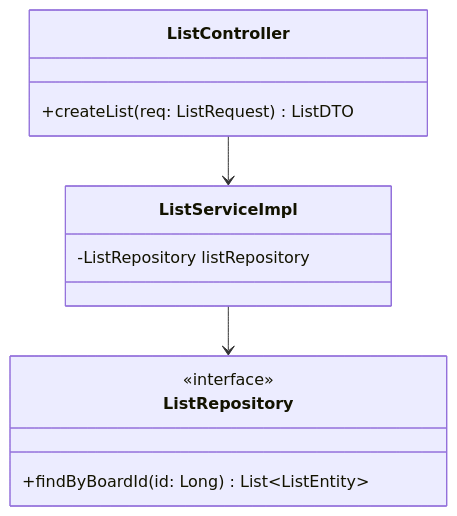
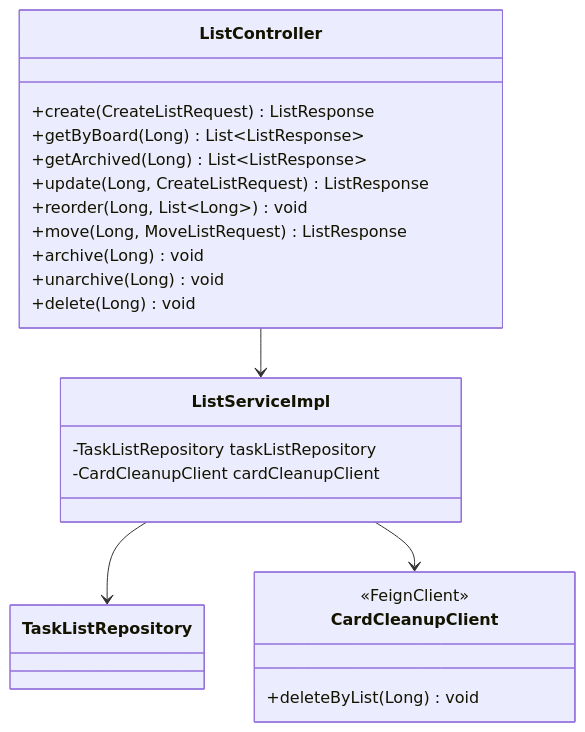
Before and after one commit to Prashant-kumar-sharma/FlowBoard-Backend: the second of 4 diagrams in docs/services/list-service/diagrams.md, drawn with Mermaid. The commit also changed other lines of this file and 10 other files, not shown here.

Commit message:
[Prashant] : Added Diagrams for all the services

````diff
--- a/docs/services/list-service/diagrams.md
+++ b/docs/services/list-service/diagrams.md
@@ -15,15 +19,28 @@
 ```mermaid
 classDiagram
     class ListController {
-        +createList(req: ListRequest) ListDTO
+        +create(CreateListRequest) ListResponse
+        +getByBoard(Long) List~ListResponse~
+        +getArchived(Long) List~ListResponse~
+        +update(Long, CreateListRequest) ListResponse
+        +reorder(Long, List~Long~) void
+        +move(Long, MoveListRequest) ListResponse
+        +archive(Long) void
+        +unarchive(Long) void
+        +delete(Long) void
     }
+
     class ListServiceImpl {
-        -ListRepository listRepository
+        -TaskListRepository taskListRepository
+        -CardCleanupClient cardCleanupClient
     }
-    class ListRepository {
-        <<interface>>
-        +findByBoardId(id: Long) List~ListEntity~
+
+    class CardCleanupClient {
+        <<FeignClient>>
+        +deleteByList(Long) void
     }
+
     ListController --> ListServiceImpl
-    ListServiceImpl --> ListRepository
+    ListServiceImpl --> TaskListRepository
+    ListServiceImpl --> CardCleanupClient
 ```
````
